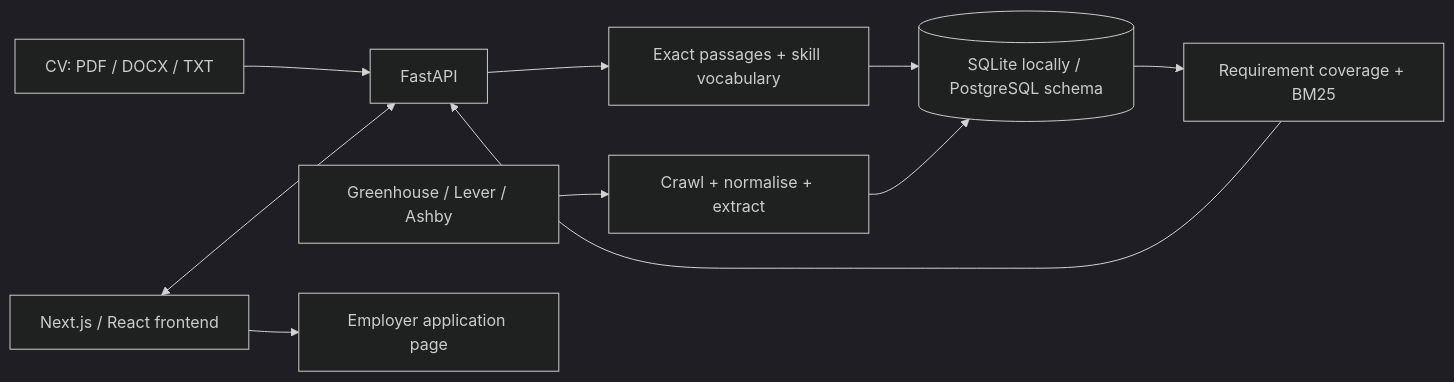
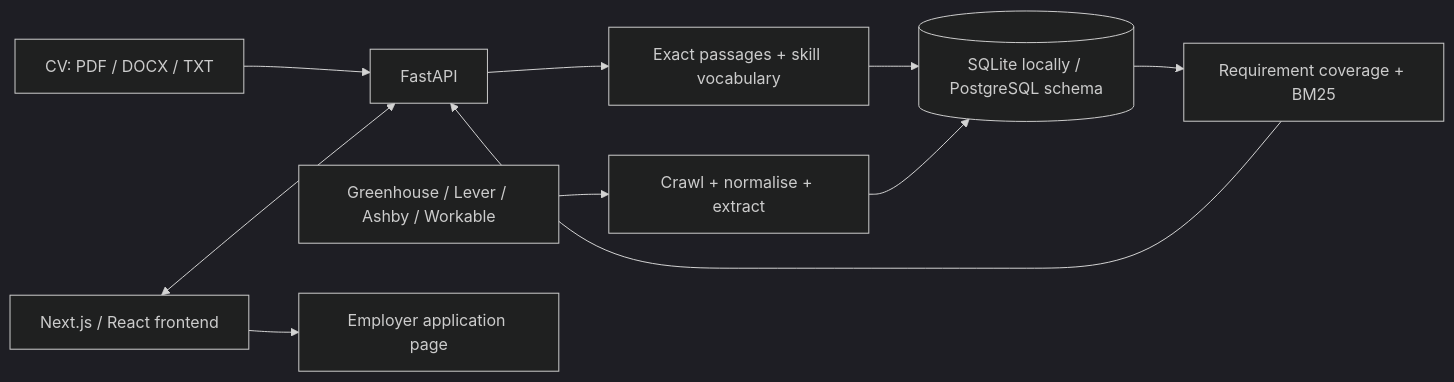
One commit to filcambitsis/rolefit changed the diagram in README.md. Above: the diagram before and after it, drawn with Mermaid (dark theme). The commit also changed other lines of this file and 4 other files, not shown here.

````diff
--- a/README.md
+++ b/README.md
@@ -61,12 +61,12 @@
 ```mermaid
 flowchart LR
     CV["CV: PDF / DOCX / TXT"] --> API["FastAPI"]
     UI["Next.js / React frontend"] <--> API
     API --> Parse["Exact passages + skill vocabulary"]
     Parse --> DB[("SQLite locally / PostgreSQL schema")]
-    ATS["Greenhouse / Lever / Ashby"] --> Refresh["Crawl + normalise + extract"]
+    ATS["Greenhouse / Lever / Ashby / Workable"] --> Refresh["Crawl + normalise + extract"]
     Refresh --> DB
     DB --> Match["Requirement coverage + BM25"]
     Match --> API
     UI --> Apply["Employer application page"]
 ```
````
